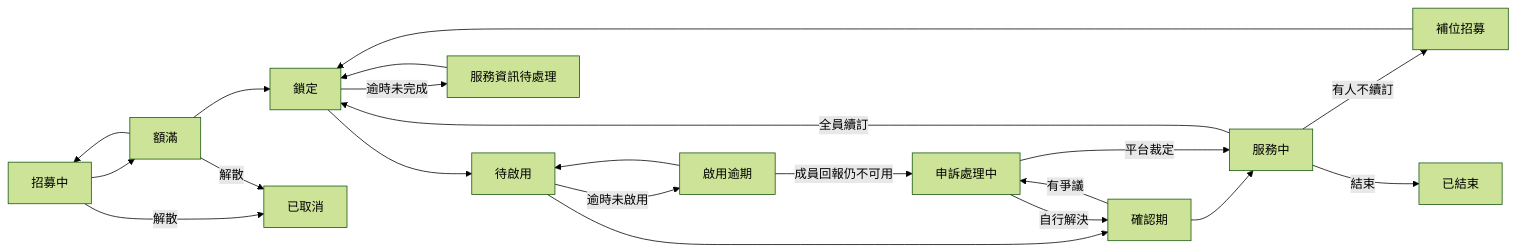
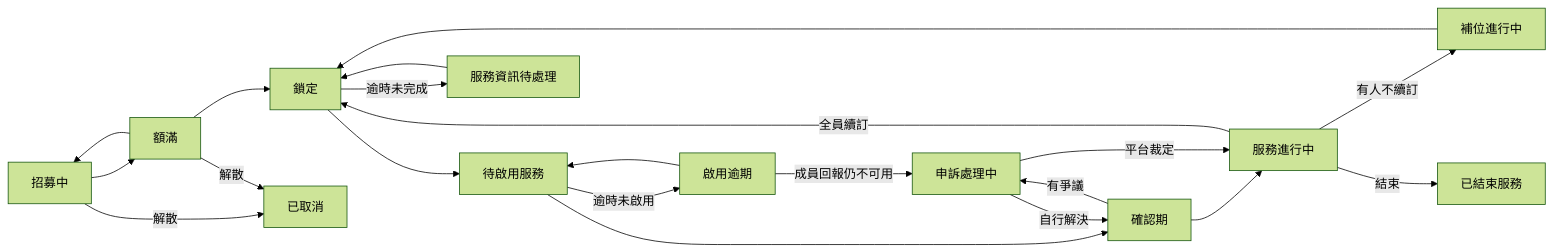
Before and after one commit to AndyChia0309/PartyMatch: the diagram in docs/flows/group-state-machine.md, drawn with Mermaid (forest theme). The commit also changed other lines of this file and 45 other files, not shown here.

````diff
--- a/docs/flows/group-state-machine.md
+++ b/docs/flows/group-state-machine.md
@@ -7,23 +7,23 @@
 ```mermaid
 flowchart LR
   A[招募中] --> B[額滿]
   B --> A
   B --> C[鎖定]
-  C --> D[待啟用]
+  C --> D[待啟用服務]
   C -->|逾時未完成| C2[服務資訊待處理]
   C2 --> C
   D -->|逾時未啟用| D2[啟用逾期]
   D2 --> D
   D2 -->|成員回報仍不可用| G
   D --> E[確認期]
-  E --> F[服務中]
+  E --> F[服務進行中]
   E -->|有爭議| G[申訴處理中]
   G -->|自行解決| E
   G -->|平台裁定| F
   F -->|全員續訂| C
-  F -->|有人不續訂| J[補位招募]
+  F -->|有人不續訂| J[補位進行中]
   J --> C
-  F -->|結束| H[已結束]
+  F -->|結束| H[已結束服務]
   A -->|解散| I[已取消]
   B -->|解散| I
 ```
````
